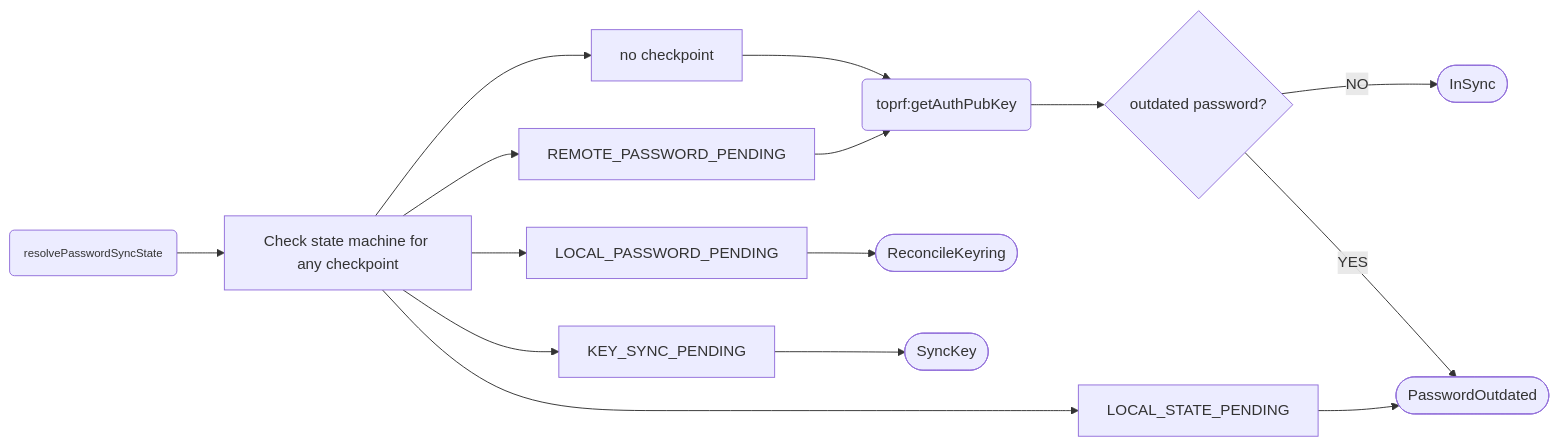
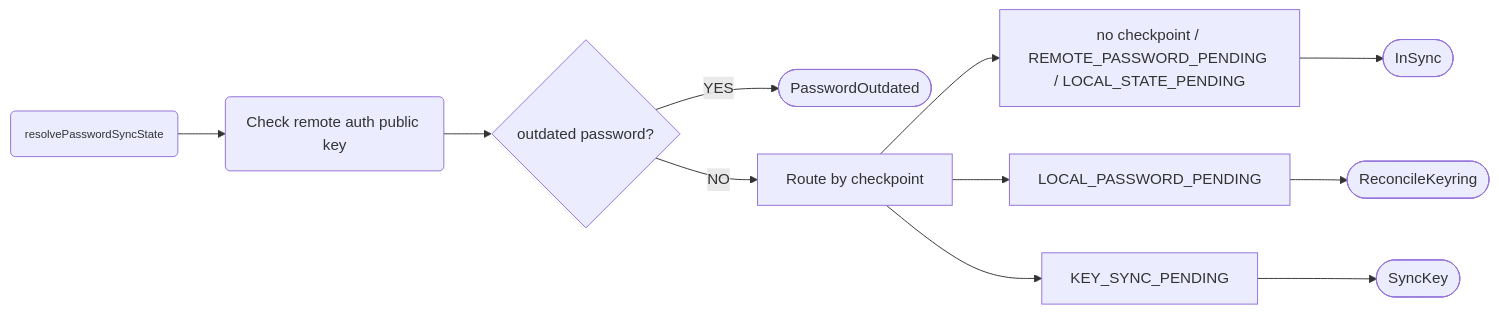
One commit to MetaMask/core changed the first of 5 diagrams in packages/seedless-onboarding-controller/docs/0002-seedless-password-sync-flow.md. Above: the diagram before and after it, drawn with Mermaid. The commit also changed other lines of this file and 5 other files, not shown here.

````diff
--- a/packages/seedless-onboarding-controller/docs/0002-seedless-password-sync-flow.md
+++ b/packages/seedless-onboarding-controller/docs/0002-seedless-password-sync-flow.md
@@ -81,24 +82,22 @@
 ```mermaid
 flowchart LR
-    n1["resolvePasswordSyncState"] --> n2["Check state machine for any checkpoint"]
-    n2 --> n11["no checkpoint"] & n12["REMOTE_PASSWORD_PENDING"] & n9["LOCAL_STATE_PENDING"] & n8["LOCAL_PASSWORD_PENDING"] & n10["KEY_SYNC_PENDING"]
-    n4["toprf:getAuthPubKey"] --> n6["outdated password?"]
-    n6 -- NO --> n7(["InSync"])
-    n6 -- YES --> n5(["PasswordOutdated"])
-    n11 --> n4
-    n12 --> n4
-    n9 --> n5
-    n8 --> n13(["ReconcileKeyring"])
-    n10 --> n14(["SyncKey"])
+    n1["resolvePasswordSyncState"] --> n2["Check remote auth public key"]
+    n2 --> n3["outdated password?"]
+    n3 -- YES --> n4(["PasswordOutdated"])
+    n3 -- NO --> n5["Route by checkpoint"]
+    n5 --> n6["no checkpoint / REMOTE_PASSWORD_PENDING / LOCAL_STATE_PENDING"]
+    n5 --> n7["LOCAL_PASSWORD_PENDING"]
+    n5 --> n8["KEY_SYNC_PENDING"]
+    n6 --> n9(["InSync"])
+    n7 --> n10(["ReconcileKeyring"])
+    n8 --> n11(["SyncKey"])
 
     n1@{ shape: rounded}
-    n2@{ shape: rect}
-    n11@{ shape: rect}
-    n12@{ shape: rect}
-    n9@{ shape: rect}
+    n2@{ shape: rounded}
+    n3@{ shape: diam}
+    n5@{ shape: rect}
+    n6@{ shape: rect}
+    n7@{ shape: rect}
     n8@{ shape: rect}
-    n10@{ shape: rect}
-    n4@{ shape: rounded}
-    n6@{ shape: diam}
     style n1 font-size:12px
 ```
````
